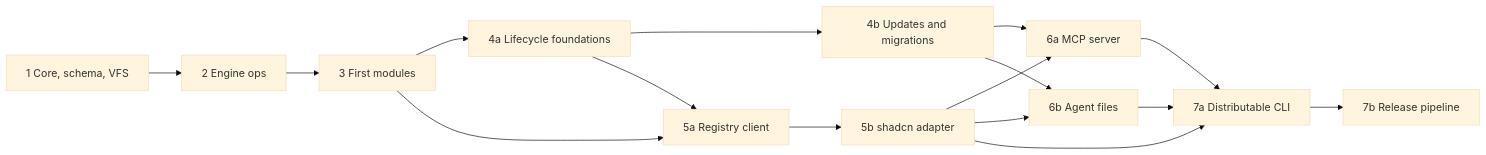
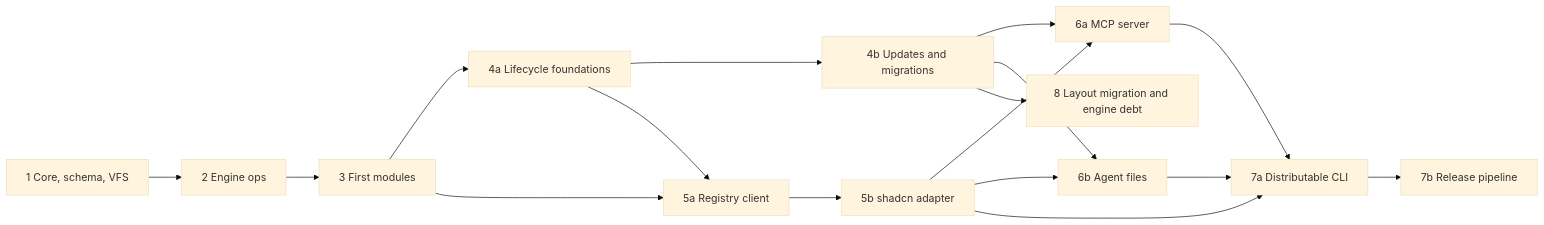
Before and after one commit to andryorelabs/aokit: the diagram in docs/roadmap.md, drawn with Mermaid (base theme). The commit also changed other lines of this file and 26 other files, not shown here.

First line of the commit message:
docs: 📝 add layout migration decisions and format docs (phase 8) (#54)

````diff
--- a/docs/roadmap.md
+++ b/docs/roadmap.md
@@ -7,18 +7,19 @@
 ```mermaid
 flowchart LR
   P1[1 Core, schema, VFS] --> P2[2 Engine ops]
   P2 --> P3[3 First modules]
   P3 --> P4A[4a Lifecycle foundations]
   P4A --> P4B[4b Updates and migrations]
   P3 --> P5A[5a Registry client]
   P4A --> P5A
   P5A --> P5B[5b shadcn adapter]
   P4B --> P6A[6a MCP server]
   P5B --> P6A
   P4B --> P6B[6b Agent files]
   P5B --> P6B
   P6A --> P7A[7a Distributable CLI]
   P6B --> P7A
   P5B --> P7A
   P7A --> P7B[7b Release pipeline]
+  P4B --> P8[8 Layout migration and engine debt]
 ```
````
